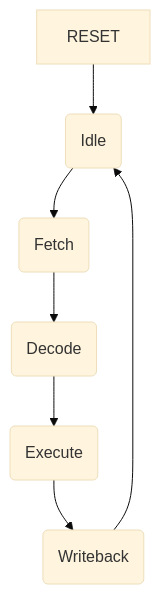
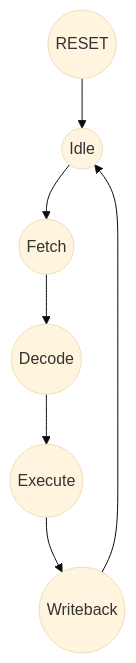
The diagram in _posts/2026-05-25-trying_math_symbols.markdown (KO0I/KO0I.github.io), drawn with Mermaid (base theme) before and after one commit. The commit also changed other lines of this file, not shown here.

```diff
--- a/_posts/2026-05-25-trying_math_symbols.markdown
+++ b/_posts/2026-05-25-trying_math_symbols.markdown
@@ -53,9 +64,9 @@
 <pre class="mermaid">
 graph TD
-    RESET --> A(Idle)
-    A(Idle) --> B(Fetch)
-    B --> C(Decode)
-    C --> D(Execute)
-    D --> E(Writeback)
-    E --> A(Idle)
+    RESET((RESET)) --> A((Idle))
+    A((Idle)) --> B((Fetch))
+    B --> C((Decode))
+    C --> D((Execute))
+    D --> E((Writeback))
+    E --> A((Idle))
 </pre>
```
